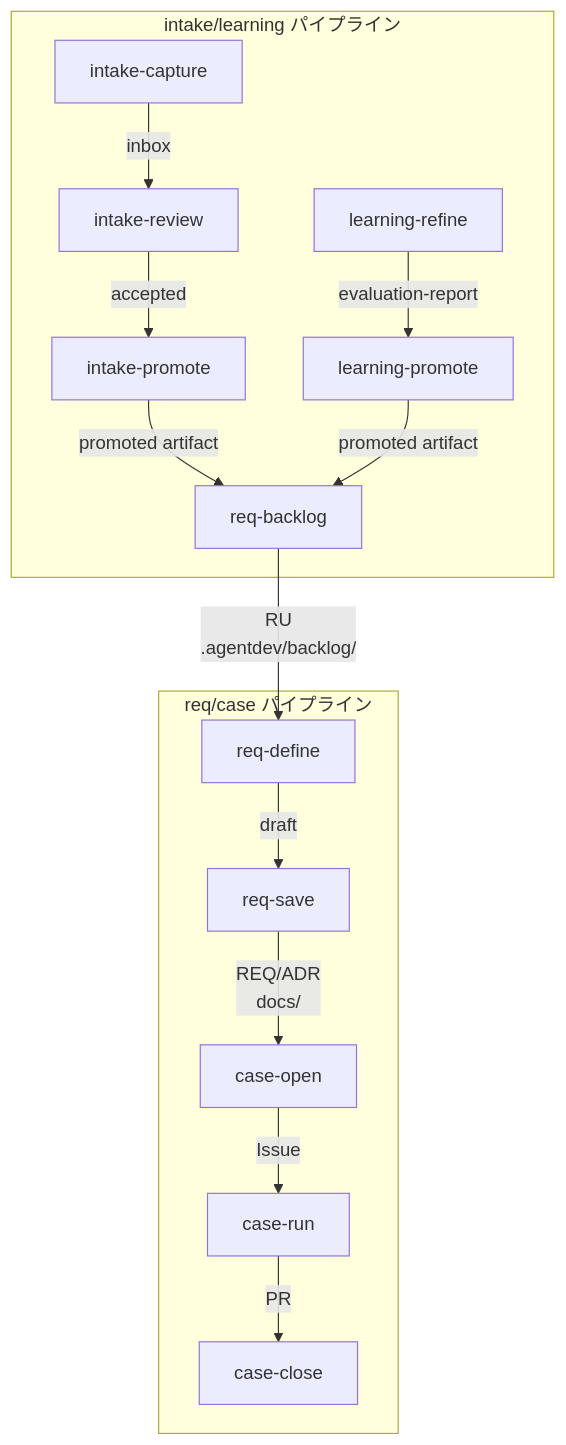
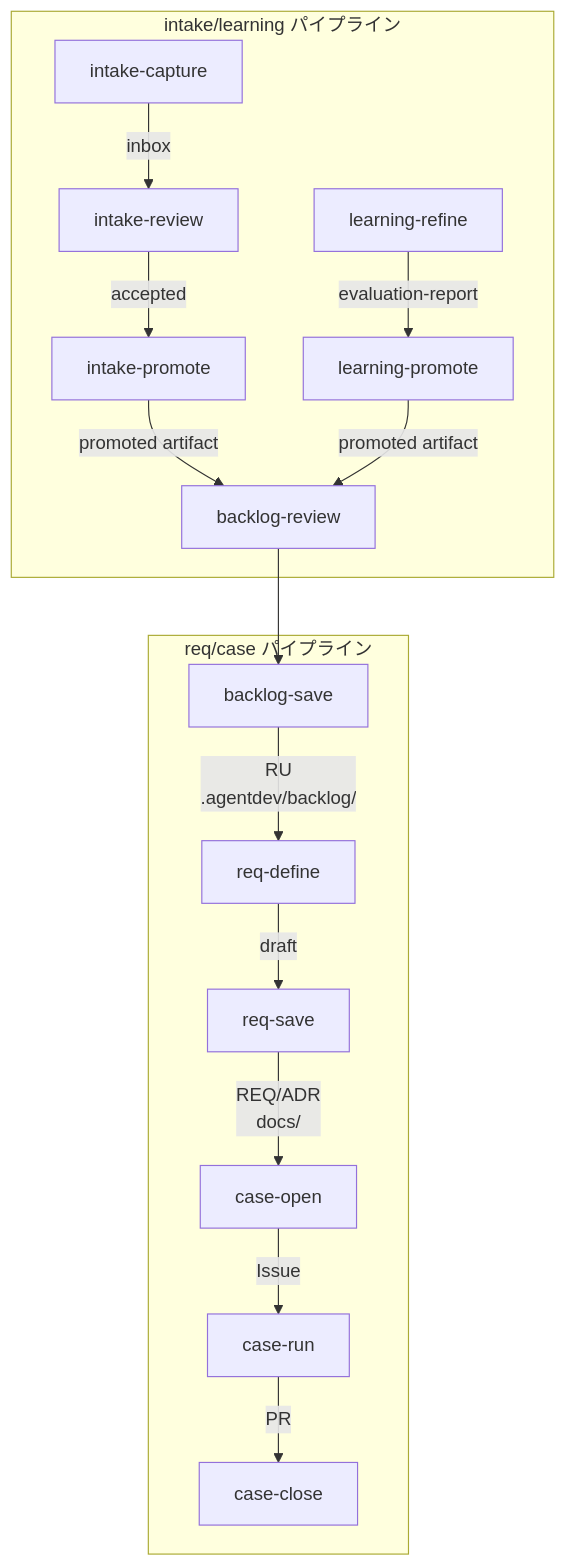
Before and after one commit to yogata/agent-dev-flow: the second of 2 diagrams in docs/guides/artifact-model.md, drawn with Mermaid. The commit also changed other lines of this file and 31 other files, not shown here.

First line of the commit message:
feat: backlog-review / backlog-save コマンド分割

````diff
--- a/docs/guides/artifact-model.md
+++ b/docs/guides/artifact-model.md
@@ -85,17 +85,18 @@
 ```mermaid
 graph TD
     subgraph intake/learning パイプライン
         IC["intake-capture"] -->|inbox| IR["intake-review"]
         IR -->|accepted| IP["intake-promote"]
-        IP -->|promoted artifact| RB["req-backlog"]
+        IP -->|promoted artifact| BR["backlog-review"]
         LR2["learning-refine"] -->|evaluation-report| LP["learning-promote"]
-        LP -->|promoted artifact| RB
+        LP -->|promoted artifact| BR
     end
     subgraph req/case パイプライン
-        RB -->|"RU<br/>.agentdev/backlog/"| RD["req-define"]
+        BR --> BS["backlog-save"]
+        BS -->|"RU<br/>.agentdev/backlog/"| RD["req-define"]
         RD -->|draft| RS["req-save"]
         RS -->|"REQ/ADR<br/>docs/"| CO["case-open"]
         CO -->|Issue| CR["case-run"]
         CR -->|PR| CC["case-close"]
     end
 ```
````
